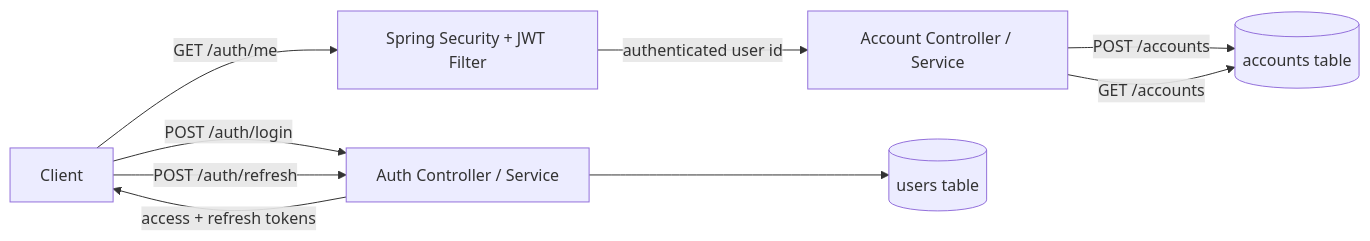
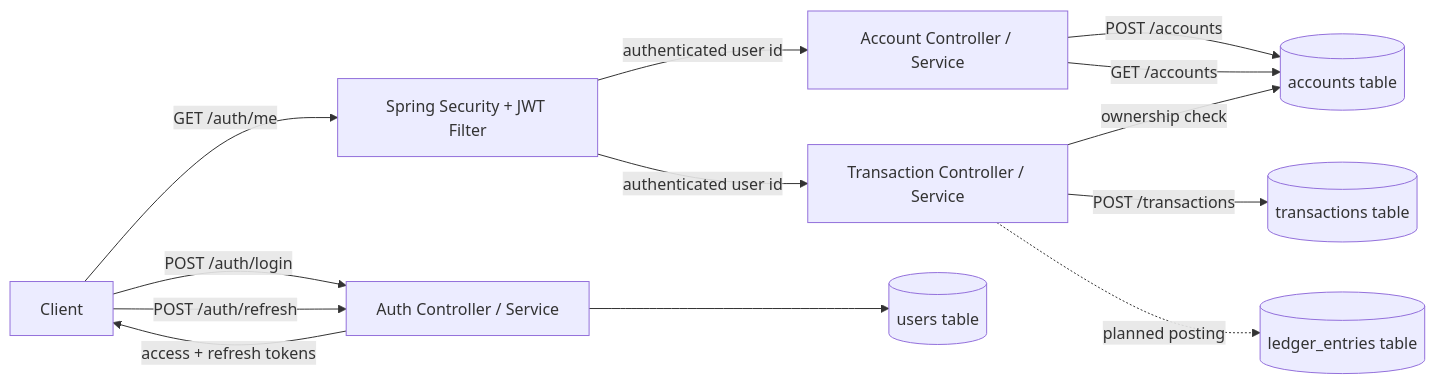
One commit to fanryan/ledgerflow changed the second of 2 diagrams in README.md. Above: the diagram before and after it, drawn with Mermaid. The commit also changed other lines of this file and 2 other files, not shown here.

````diff
--- a/README.md
+++ b/README.md
@@ -72,20 +72,28 @@
 ```mermaid
 flowchart LR
     Client[Client]
     Security[Spring Security + JWT Filter]
     Auth[Auth Controller / Service]
     Accounts[Account Controller / Service]
+    Transactions[Transaction Controller / Service]
     Users[(users table)]
     AccountTable[(accounts table)]
+    TransactionTable[(transactions table)]
+    LedgerTable[(ledger_entries table)]
 
     Client -->|POST /auth/login| Auth
     Auth --> Users
     Auth -->|access + refresh tokens| Client
 
     Client -->|GET /auth/me| Security
     Client -->|POST /auth/refresh| Auth
 
     Security -->|authenticated user id| Accounts
     Accounts -->|POST /accounts| AccountTable
     Accounts -->|GET /accounts| AccountTable
+
+    Security -->|authenticated user id| Transactions
+    Transactions -->|ownership check| AccountTable
+    Transactions -->|POST /transactions| TransactionTable
+    Transactions -. planned posting .-> LedgerTable
 ```
````
